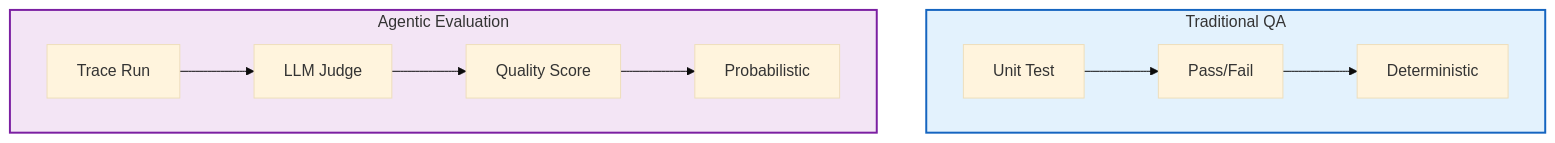
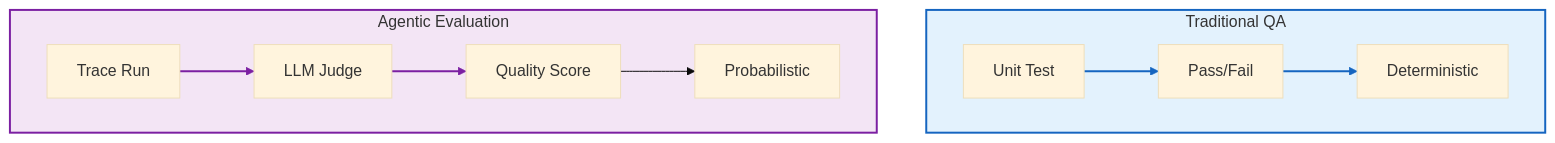
The diagram in lesson-1-fundamentals/tutorial-1/architecture/evolution.md (EideticPleroma/tutorials), drawn with Mermaid (base theme) before and after one commit.

Commit message:
docs(lesson-1-fundamentals/tutorial-1/architecture/evolution): enhance link styles in evolution diagram
- Updated link styles in the evolution diagram to improve visual clarity and consistency.
- This change complements recent enhancements aimed at refining the overall aesthetic of the documentation.

````diff
--- a/lesson-1-fundamentals/tutorial-1/architecture/evolution.md
+++ b/lesson-1-fundamentals/tutorial-1/architecture/evolution.md
@@ -19,16 +19,21 @@
 ```mermaid
 graph TD
     subgraph Traditional ["Traditional QA"]
         T1[Unit Test] --> T2[Pass/Fail]
         T2 --> T3[Deterministic]
     end
 
     subgraph Agentic ["Agentic Evaluation"]
         A1[Trace Run] --> A2[LLM Judge]
         A2 --> A3[Quality Score]
         A3 --> A4[Probabilistic]
     end
 
     style Traditional fill:#e3f2fd,stroke:#1565c0,stroke-width:2px,color:#333
     style Agentic fill:#f3e5f5,stroke:#7b1fa2,stroke-width:2px,color:#333
+    
+    linkStyle 0 stroke:#1565c0,stroke-width:2px;
+    linkStyle 1 stroke:#1565c0,stroke-width:2px;
+    linkStyle 2 stroke:#7b1fa2,stroke-width:2px;
+    linkStyle 3 stroke:#7b1fa2,stroke-width:2px;
 ```
````
